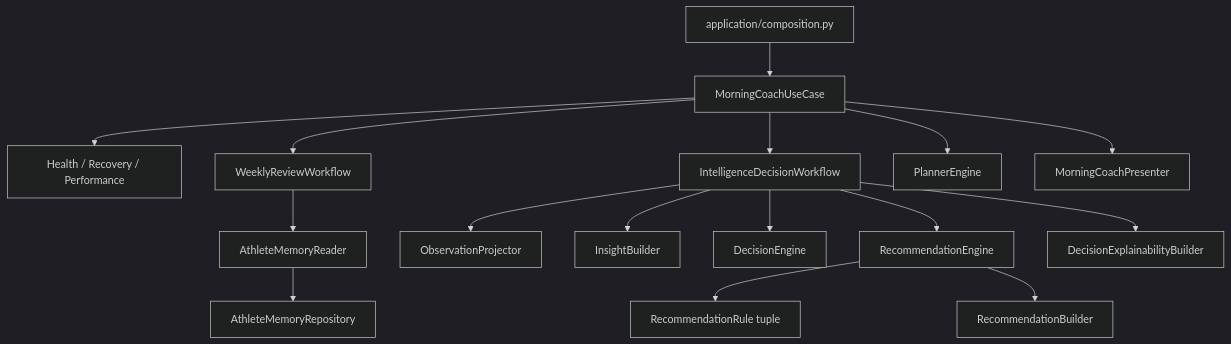
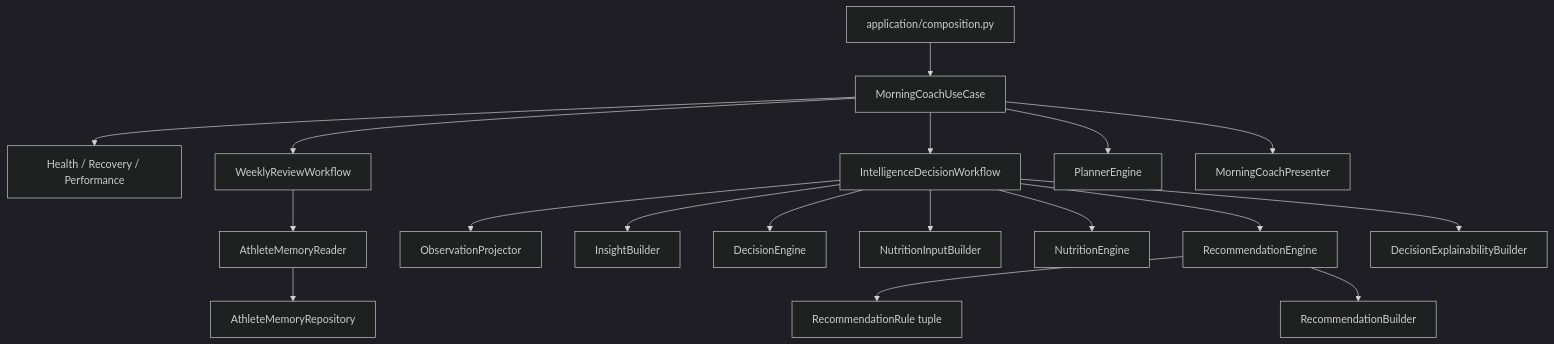
Before and after one commit to tdg4dftypb-coder/athlete-platform: the third of 12 diagrams in docs/engineering/02-architecture.md, drawn with Mermaid (dark theme). The commit also changed other lines of this file and 12 other files, not shown here.

````diff
--- a/docs/engineering/02-architecture.md
+++ b/docs/engineering/02-architecture.md
@@ -269,23 +269,25 @@
 ```mermaid
 flowchart TD
     CR["application/composition.py"]
 
     CR --> MC["MorningCoachUseCase"]
     MC --> HW["Health / Recovery / Performance"]
     MC --> WR["WeeklyReviewWorkflow"]
     MC --> IW["IntelligenceDecisionWorkflow"]
     MC --> PE["PlannerEngine"]
     MC --> MP["MorningCoachPresenter"]
 
     WR --> MR["AthleteMemoryReader"]
     MR --> MRepo["AthleteMemoryRepository"]
 
     IW --> OP["ObservationProjector"]
     IW --> IB["InsightBuilder"]
     IW --> DE["DecisionEngine"]
+    IW --> NIB["NutritionInputBuilder"]
+    IW --> NE["NutritionEngine"]
     IW --> RE["RecommendationEngine"]
     IW --> EB["DecisionExplainabilityBuilder"]
 
     RE --> RR["RecommendationRule tuple"]
     RE --> RB["RecommendationBuilder"]
 ```
````
